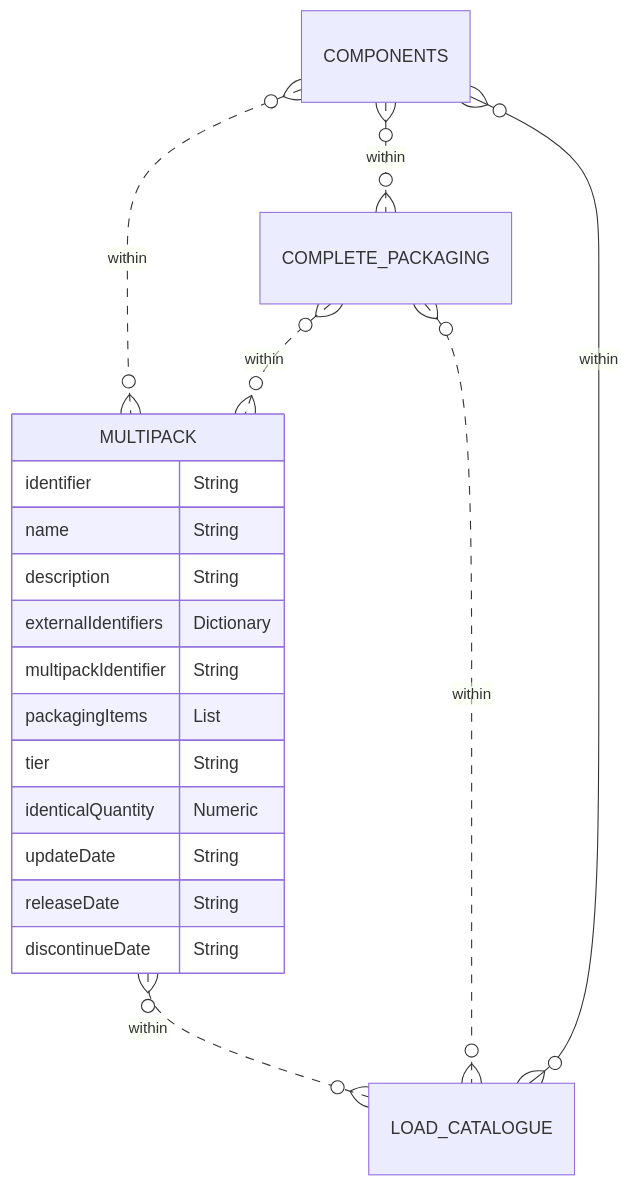
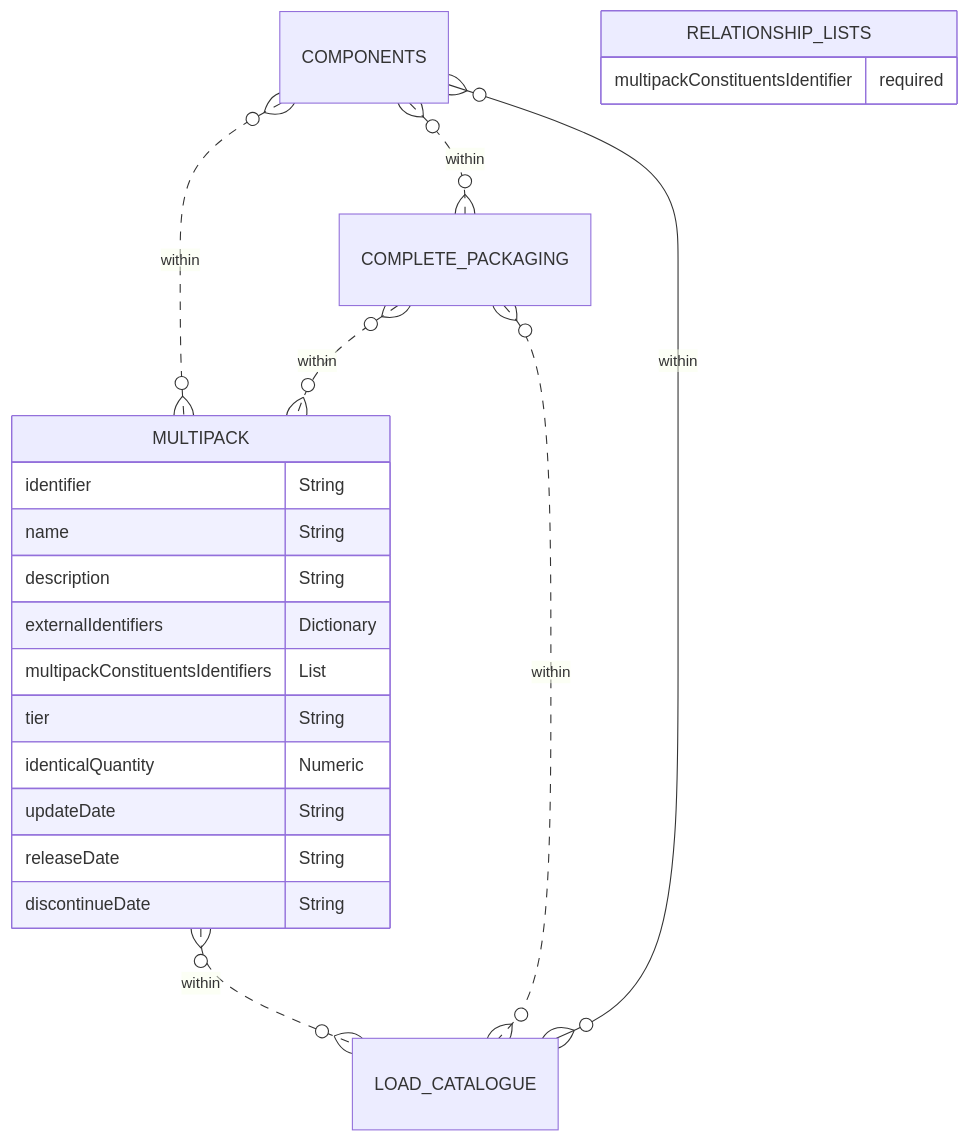
Before and after one commit to OpenDataManchester/Open3P: the diagram in docs/3_Data_Specification/3_5_Multipack.md, drawn with Mermaid. The commit also changed other lines of this file and 3 other files, not shown here.

````diff
--- a/docs/3_Data_Specification/3_5_Multipack.md
+++ b/docs/3_Data_Specification/3_5_Multipack.md
@@ -29,22 +28,24 @@
 ``` mermaid
 erDiagram
 COMPONENTS }o..o{ MULTIPACK : within
 COMPONENTS }o..o{ COMPLETE_PACKAGING : within
 COMPLETE_PACKAGING }o..o{ MULTIPACK : within
   MULTIPACK {
     identifier String
     name String
     description String
     externalIdentifiers Dictionary
-    multipackIdentifier String
-    packagingItems List
+    multipackConstituentsIdentifiers List
     tier String
     identicalQuantity Numeric
     updateDate String
     releaseDate String
     discontinueDate String
   }
   COMPLETE_PACKAGING }o..o{ LOAD_CATALOGUE : within
   MULTIPACK }o..o{ LOAD_CATALOGUE : within
   COMPONENTS }o--o{ LOAD_CATALOGUE : within
+      RELATIONSHIP_LISTS {
+        multipackConstituentsIdentifier required
+    }
 ```
````
